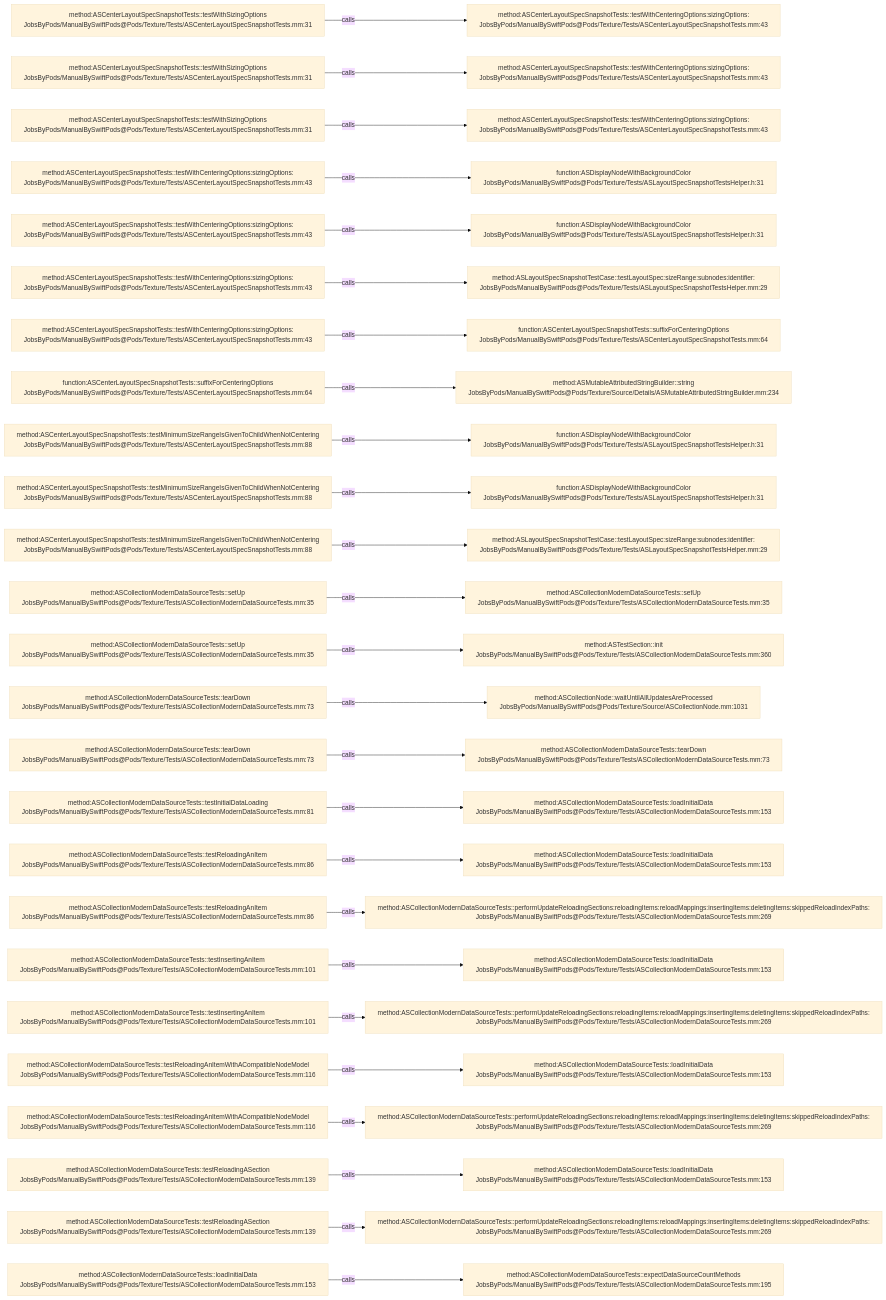
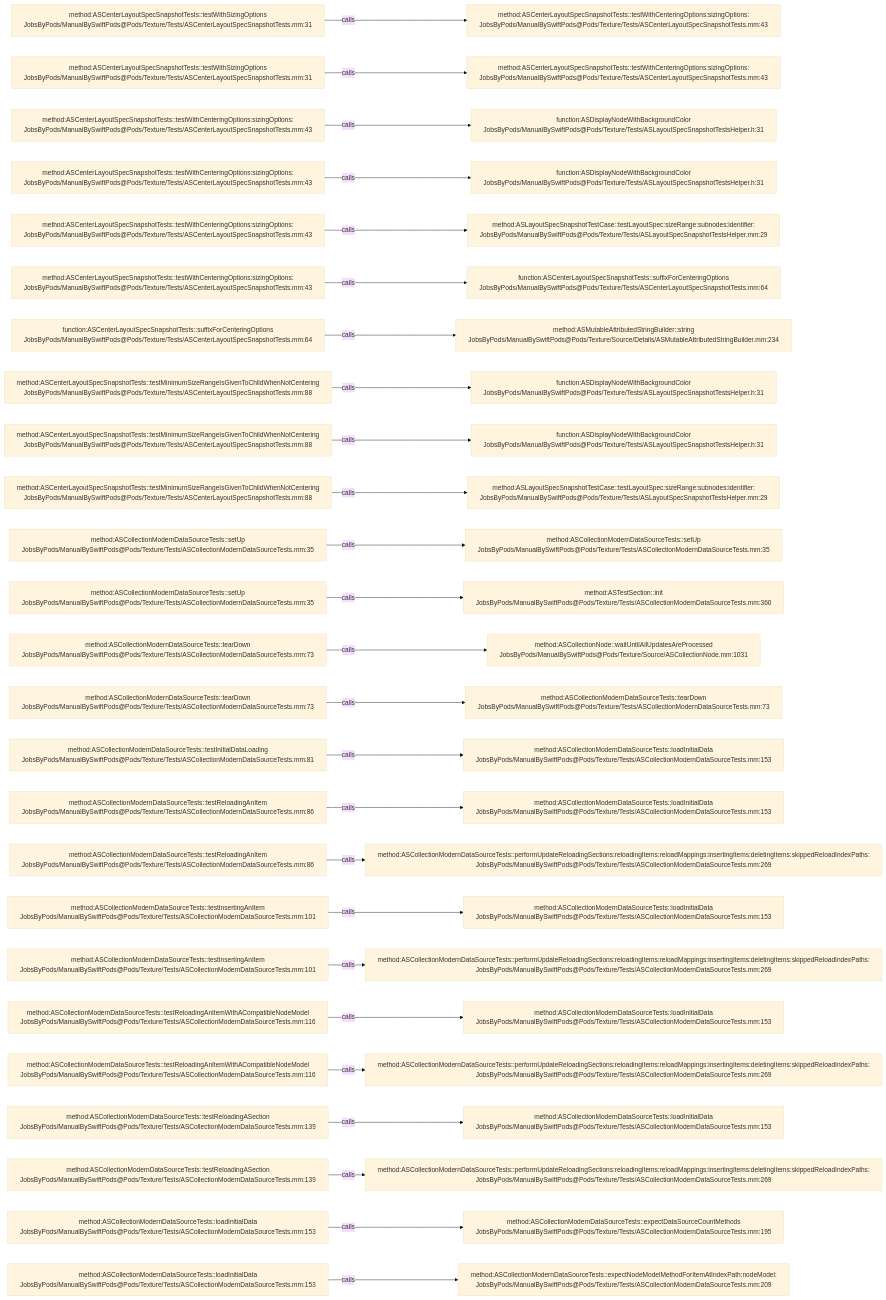
The diagram in .codegraph/codegraph.md/graphs/calls-167.md (JobsKits/JobsSwiftBaseConfigDemo), drawn with Mermaid (base theme) before and after one commit. The commit also changed 747 other files, not shown here.

````diff
--- a/.codegraph/codegraph.md/graphs/calls-167.md
+++ b/.codegraph/codegraph.md/graphs/calls-167.md
@@ -13,78 +13,78 @@
 ```mermaid
 flowchart LR
   S1["method:ASCenterLayoutSpecSnapshotTests::testWithSizingOptions<br/>JobsByPods/ManualBySwiftPods@Pods/Texture/Tests/ASCenterLayoutSpecSnapshotTests.mm:31"]
   T1["method:ASCenterLayoutSpecSnapshotTests::testWithCenteringOptions:sizingOptions:<br/>JobsByPods/ManualBySwiftPods@Pods/Texture/Tests/ASCenterLayoutSpecSnapshotTests.mm:43"]
   S1 -->|calls| T1
   S2["method:ASCenterLayoutSpecSnapshotTests::testWithSizingOptions<br/>JobsByPods/ManualBySwiftPods@Pods/Texture/Tests/ASCenterLayoutSpecSnapshotTests.mm:31"]
   T2["method:ASCenterLayoutSpecSnapshotTests::testWithCenteringOptions:sizingOptions:<br/>JobsByPods/ManualBySwiftPods@Pods/Texture/Tests/ASCenterLayoutSpecSnapshotTests.mm:43"]
   S2 -->|calls| T2
-  S3["method:ASCenterLayoutSpecSnapshotTests::testWithSizingOptions<br/>JobsByPods/ManualBySwiftPods@Pods/Texture/Tests/ASCenterLayoutSpecSnapshotTests.mm:31"]
-  T3["method:ASCenterLayoutSpecSnapshotTests::testWithCenteringOptions:sizingOptions:<br/>JobsByPods/ManualBySwiftPods@Pods/Texture/Tests/ASCenterLayoutSpecSnapshotTests.mm:43"]
+  S3["method:ASCenterLayoutSpecSnapshotTests::testWithCenteringOptions:sizingOptions:<br/>JobsByPods/ManualBySwiftPods@Pods/Texture/Tests/ASCenterLayoutSpecSnapshotTests.mm:43"]
+  T3["function:ASDisplayNodeWithBackgroundColor<br/>JobsByPods/ManualBySwiftPods@Pods/Texture/Tests/ASLayoutSpecSnapshotTestsHelper.h:31"]
   S3 -->|calls| T3
   S4["method:ASCenterLayoutSpecSnapshotTests::testWithCenteringOptions:sizingOptions:<br/>JobsByPods/ManualBySwiftPods@Pods/Texture/Tests/ASCenterLayoutSpecSnapshotTests.mm:43"]
   T4["function:ASDisplayNodeWithBackgroundColor<br/>JobsByPods/ManualBySwiftPods@Pods/Texture/Tests/ASLayoutSpecSnapshotTestsHelper.h:31"]
   S4 -->|calls| T4
   S5["method:ASCenterLayoutSpecSnapshotTests::testWithCenteringOptions:sizingOptions:<br/>JobsByPods/ManualBySwiftPods@Pods/Texture/Tests/ASCenterLayoutSpecSnapshotTests.mm:43"]
-  T5["function:ASDisplayNodeWithBackgroundColor<br/>JobsByPods/ManualBySwiftPods@Pods/Texture/Tests/ASLayoutSpecSnapshotTestsHelper.h:31"]
+  T5["method:ASLayoutSpecSnapshotTestCase::testLayoutSpec:sizeRange:subnodes:identifier:<br/>JobsByPods/ManualBySwiftPods@Pods/Texture/Tests/ASLayoutSpecSnapshotTestsHelper.mm:29"]
   S5 -->|calls| T5
   S6["method:ASCenterLayoutSpecSnapshotTests::testWithCenteringOptions:sizingOptions:<br/>JobsByPods/ManualBySwiftPods@Pods/Texture/Tests/ASCenterLayoutSpecSnapshotTests.mm:43"]
-  T6["method:ASLayoutSpecSnapshotTestCase::testLayoutSpec:sizeRange:subnodes:identifier:<br/>JobsByPods/ManualBySwiftPods@Pods/Texture/Tests/ASLayoutSpecSnapshotTestsHelper.mm:29"]
+  T6["function:ASCenterLayoutSpecSnapshotTests::suffixForCenteringOptions<br/>JobsByPods/ManualBySwiftPods@Pods/Texture/Tests/ASCenterLayoutSpecSnapshotTests.mm:64"]
   S6 -->|calls| T6
-  S7["method:ASCenterLayoutSpecSnapshotTests::testWithCenteringOptions:sizingOptions:<br/>JobsByPods/ManualBySwiftPods@Pods/Texture/Tests/ASCenterLayoutSpecSnapshotTests.mm:43"]
-  T7["function:ASCenterLayoutSpecSnapshotTests::suffixForCenteringOptions<br/>JobsByPods/ManualBySwiftPods@Pods/Texture/Tests/ASCenterLayoutSpecSnapshotTests.mm:64"]
+  S7["function:ASCenterLayoutSpecSnapshotTests::suffixForCenteringOptions<br/>JobsByPods/ManualBySwiftPods@Pods/Texture/Tests/ASCenterLayoutSpecSnapshotTests.mm:64"]
+  T7["method:ASMutableAttributedStringBuilder::string<br/>JobsByPods/ManualBySwiftPods@Pods/Texture/Source/Details/ASMutableAttributedStringBuilder.mm:234"]
   S7 -->|calls| T7
-  S8["function:ASCenterLayoutSpecSnapshotTests::suffixForCenteringOptions<br/>JobsByPods/ManualBySwiftPods@Pods/Texture/Tests/ASCenterLayoutSpecSnapshotTests.mm:64"]
-  T8["method:ASMutableAttributedStringBuilder::string<br/>JobsByPods/ManualBySwiftPods@Pods/Texture/Source/Details/ASMutableAttributedStringBuilder.mm:234"]
+  S8["method:ASCenterLayoutSpecSnapshotTests::testMinimumSizeRangeIsGivenToChildWhenNotCentering<br/>JobsByPods/ManualBySwiftPods@Pods/Texture/Tests/ASCenterLayoutSpecSnapshotTests.mm:88"]
+  T8["function:ASDisplayNodeWithBackgroundColor<br/>JobsByPods/ManualBySwiftPods@Pods/Texture/Tests/ASLayoutSpecSnapshotTestsHelper.h:31"]
   S8 -->|calls| T8
   S9["method:ASCenterLayoutSpecSnapshotTests::testMinimumSizeRangeIsGivenToChildWhenNotCentering<br/>JobsByPods/ManualBySwiftPods@Pods/Texture/Tests/ASCenterLayoutSpecSnapshotTests.mm:88"]
   T9["function:ASDisplayNodeWithBackgroundColor<br/>JobsByPods/ManualBySwiftPods@Pods/Texture/Tests/ASLayoutSpecSnapshotTestsHelper.h:31"]
   S9 -->|calls| T9
   S10["method:ASCenterLayoutSpecSnapshotTests::testMinimumSizeRangeIsGivenToChildWhenNotCentering<br/>JobsByPods/ManualBySwiftPods@Pods/Texture/Tests/ASCenterLayoutSpecSnapshotTests.mm:88"]
-  T10["function:ASDisplayNodeWithBackgroundColor<br/>JobsByPods/ManualBySwiftPods@Pods/Texture/Tests/ASLayoutSpecSnapshotTestsHelper.h:31"]
+  T10["method:ASLayoutSpecSnapshotTestCase::testLayoutSpec:sizeRange:subnodes:identifier:<br/>JobsByPods/ManualBySwiftPods@Pods/Texture/Tests/ASLayoutSpecSnapshotTestsHelper.mm:29"]
   S10 -->|calls| T10
-  S11["method:ASCenterLayoutSpecSnapshotTests::testMinimumSizeRangeIsGivenToChildWhenNotCentering<br/>JobsByPods/ManualBySwiftPods@Pods/Texture/Tests/ASCenterLayoutSpecSnapshotTests.mm:88"]
-  T11["method:ASLayoutSpecSnapshotTestCase::testLayoutSpec:sizeRange:subnodes:identifier:<br/>JobsByPods/ManualBySwiftPods@Pods/Texture/Tests/ASLayoutSpecSnapshotTestsHelper.mm:29"]
+  S11["method:ASCollectionModernDataSourceTests::setUp<br/>JobsByPods/ManualBySwiftPods@Pods/Texture/Tests/ASCollectionModernDataSourceTests.mm:35"]
+  T11["method:ASCollectionModernDataSourceTests::setUp<br/>JobsByPods/ManualBySwiftPods@Pods/Texture/Tests/ASCollectionModernDataSourceTests.mm:35"]
   S11 -->|calls| T11
   S12["method:ASCollectionModernDataSourceTests::setUp<br/>JobsByPods/ManualBySwiftPods@Pods/Texture/Tests/ASCollectionModernDataSourceTests.mm:35"]
-  T12["method:ASCollectionModernDataSourceTests::setUp<br/>JobsByPods/ManualBySwiftPods@Pods/Texture/Tests/ASCollectionModernDataSourceTests.mm:35"]
+  T12["method:ASTestSection::init<br/>JobsByPods/ManualBySwiftPods@Pods/Texture/Tests/ASCollectionModernDataSourceTests.mm:360"]
   S12 -->|calls| T12
-  S13["method:ASCollectionModernDataSourceTests::setUp<br/>JobsByPods/ManualBySwiftPods@Pods/Texture/Tests/ASCollectionModernDataSourceTests.mm:35"]
-  T13["method:ASTestSection::init<br/>JobsByPods/ManualBySwiftPods@Pods/Texture/Tests/ASCollectionModernDataSourceTests.mm:360"]
+  S13["method:ASCollectionModernDataSourceTests::tearDown<br/>JobsByPods/ManualBySwiftPods@Pods/Texture/Tests/ASCollectionModernDataSourceTests.mm:73"]
+  T13["method:ASCollectionNode::waitUntilAllUpdatesAreProcessed<br/>JobsByPods/ManualBySwiftPods@Pods/Texture/Source/ASCollectionNode.mm:1031"]
   S13 -->|calls| T13
   S14["method:ASCollectionModernDataSourceTests::tearDown<br/>JobsByPods/ManualBySwiftPods@Pods/Texture/Tests/ASCollectionModernDataSourceTests.mm:73"]
-  T14["method:ASCollectionNode::waitUntilAllUpdatesAreProcessed<br/>JobsByPods/ManualBySwiftPods@Pods/Texture/Source/ASCollectionNode.mm:1031"]
+  T14["method:ASCollectionModernDataSourceTests::tearDown<br/>JobsByPods/ManualBySwiftPods@Pods/Texture/Tests/ASCollectionModernDataSourceTests.mm:73"]
   S14 -->|calls| T14
-  S15["method:ASCollectionModernDataSourceTests::tearDown<br/>JobsByPods/ManualBySwiftPods@Pods/Texture/Tests/ASCollectionModernDataSourceTests.mm:73"]
-  T15["method:ASCollectionModernDataSourceTests::tearDown<br/>JobsByPods/ManualBySwiftPods@Pods/Texture/Tests/ASCollectionModernDataSourceTests.mm:73"]
+  S15["method:ASCollectionModernDataSourceTests::testInitialDataLoading<br/>JobsByPods/ManualBySwiftPods@Pods/Texture/Tests/ASCollectionModernDataSourceTests.mm:81"]
+  T15["method:ASCollectionModernDataSourceTests::loadInitialData<br/>JobsByPods/ManualBySwiftPods@Pods/Texture/Tests/ASCollectionModernDataSourceTests.mm:153"]
   S15 -->|calls| T15
-  S16["method:ASCollectionModernDataSourceTests::testInitialDataLoading<br/>JobsByPods/ManualBySwiftPods@Pods/Texture/Tests/ASCollectionModernDataSourceTests.mm:81"]
+  S16["method:ASCollectionModernDataSourceTests::testReloadingAnItem<br/>JobsByPods/ManualBySwiftPods@Pods/Texture/Tests/ASCollectionModernDataSourceTests.mm:86"]
   T16["method:ASCollectionModernDataSourceTests::loadInitialData<br/>JobsByPods/ManualBySwiftPods@Pods/Texture/Tests/ASCollectionModernDataSourceTests.mm:153"]
   S16 -->|calls| T16
   S17["method:ASCollectionModernDataSourceTests::testReloadingAnItem<br/>JobsByPods/ManualBySwiftPods@Pods/Texture/Tests/ASCollectionModernDataSourceTests.mm:86"]
-  T17["method:ASCollectionModernDataSourceTests::loadInitialData<br/>JobsByPods/ManualBySwiftPods@Pods/Texture/Tests/ASCollectionModernDataSourceTests.mm:153"]
+  T17["method:ASCollectionModernDataSourceTests::performUpdateReloadingSections:reloadingItems:reloadMappings:insertingItems:deletingItems:skippedReloadIndexPaths:<br/>JobsByPods/ManualBySwiftPods@Pods/Texture/Tests/ASCollectionModernDataSourceTests.mm:269"]
   S17 -->|calls| T17
-  S18["method:ASCollectionModernDataSourceTests::testReloadingAnItem<br/>JobsByPods/ManualBySwiftPods@Pods/Texture/Tests/ASCollectionModernDataSourceTests.mm:86"]
-  T18["method:ASCollectionModernDataSourceTests::performUpdateReloadingSections:reloadingItems:reloadMappings:insertingItems:deletingItems:skippedReloadIndexPaths:<br/>JobsByPods/ManualBySwiftPods@Pods/Texture/Tests/ASCollectionModernDataSourceTests.mm:269"]
+  S18["method:ASCollectionModernDataSourceTests::testInsertingAnItem<br/>JobsByPods/ManualBySwiftPods@Pods/Texture/Tests/ASCollectionModernDataSourceTests.mm:101"]
+  T18["method:ASCollectionModernDataSourceTests::loadInitialData<br/>JobsByPods/ManualBySwiftPods@Pods/Texture/Tests/ASCollectionModernDataSourceTests.mm:153"]
   S18 -->|calls| T18
   S19["method:ASCollectionModernDataSourceTests::testInsertingAnItem<br/>JobsByPods/ManualBySwiftPods@Pods/Texture/Tests/ASCollectionModernDataSourceTests.mm:101"]
-  T19["method:ASCollectionModernDataSourceTests::loadInitialData<br/>JobsByPods/ManualBySwiftPods@Pods/Texture/Tests/ASCollectionModernDataSourceTests.mm:153"]
+  T19["method:ASCollectionModernDataSourceTests::performUpdateReloadingSections:reloadingItems:reloadMappings:insertingItems:deletingItems:skippedReloadIndexPaths:<br/>JobsByPods/ManualBySwiftPods@Pods/Texture/Tests/ASCollectionModernDataSourceTests.mm:269"]
   S19 -->|calls| T19
-  S20["method:ASCollectionModernDataSourceTests::testInsertingAnItem<br/>JobsByPods/ManualBySwiftPods@Pods/Texture/Tests/ASCollectionModernDataSourceTests.mm:101"]
-  T20["method:ASCollectionModernDataSourceTests::performUpdateReloadingSections:reloadingItems:reloadMappings:insertingItems:deletingItems:skippedReloadIndexPaths:<br/>JobsByPods/ManualBySwiftPods@Pods/Texture/Tests/ASCollectionModernDataSourceTests.mm:269"]
+  S20["method:ASCollectionModernDataSourceTests::testReloadingAnItemWithACompatibleNodeModel<br/>JobsByPods/ManualBySwiftPods@Pods/Texture/Tests/ASCollectionModernDataSourceTests.mm:116"]
+  T20["method:ASCollectionModernDataSourceTests::loadInitialData<br/>JobsByPods/ManualBySwiftPods@Pods/Texture/Tests/ASCollectionModernDataSourceTests.mm:153"]
   S20 -->|calls| T20
   S21["method:ASCollectionModernDataSourceTests::testReloadingAnItemWithACompatibleNodeModel<br/>JobsByPods/ManualBySwiftPods@Pods/Texture/Tests/ASCollectionModernDataSourceTests.mm:116"]
-  T21["method:ASCollectionModernDataSourceTests::loadInitialData<br/>JobsByPods/ManualBySwiftPods@Pods/Texture/Tests/ASCollectionModernDataSourceTests.mm:153"]
+  T21["method:ASCollectionModernDataSourceTests::performUpdateReloadingSections:reloadingItems:reloadMappings:insertingItems:deletingItems:skippedReloadIndexPaths:<br/>JobsByPods/ManualBySwiftPods@Pods/Texture/Tests/ASCollectionModernDataSourceTests.mm:269"]
   S21 -->|calls| T21
-  S22["method:ASCollectionModernDataSourceTests::testReloadingAnItemWithACompatibleNodeModel<br/>JobsByPods/ManualBySwiftPods@Pods/Texture/Tests/ASCollectionModernDataSourceTests.mm:116"]
-  T22["method:ASCollectionModernDataSourceTests::performUpdateReloadingSections:reloadingItems:reloadMappings:insertingItems:deletingItems:skippedReloadIndexPaths:<br/>JobsByPods/ManualBySwiftPods@Pods/Texture/Tests/ASCollectionModernDataSourceTests.mm:269"]
+  S22["method:ASCollectionModernDataSourceTests::testReloadingASection<br/>JobsByPods/ManualBySwiftPods@Pods/Texture/Tests/ASCollectionModernDataSourceTests.mm:139"]
+  T22["method:ASCollectionModernDataSourceTests::loadInitialData<br/>JobsByPods/ManualBySwiftPods@Pods/Texture/Tests/ASCollectionModernDataSourceTests.mm:153"]
   S22 -->|calls| T22
   S23["method:ASCollectionModernDataSourceTests::testReloadingASection<br/>JobsByPods/ManualBySwiftPods@Pods/Texture/Tests/ASCollectionModernDataSourceTests.mm:139"]
-  T23["method:ASCollectionModernDataSourceTests::loadInitialData<br/>JobsByPods/ManualBySwiftPods@Pods/Texture/Tests/ASCollectionModernDataSourceTests.mm:153"]
+  T23["method:ASCollectionModernDataSourceTests::performUpdateReloadingSections:reloadingItems:reloadMappings:insertingItems:deletingItems:skippedReloadIndexPaths:<br/>JobsByPods/ManualBySwiftPods@Pods/Texture/Tests/ASCollectionModernDataSourceTests.mm:269"]
   S23 -->|calls| T23
-  S24["method:ASCollectionModernDataSourceTests::testReloadingASection<br/>JobsByPods/ManualBySwiftPods@Pods/Texture/Tests/ASCollectionModernDataSourceTests.mm:139"]
-  T24["method:ASCollectionModernDataSourceTests::performUpdateReloadingSections:reloadingItems:reloadMappings:insertingItems:deletingItems:skippedReloadIndexPaths:<br/>JobsByPods/ManualBySwiftPods@Pods/Texture/Tests/ASCollectionModernDataSourceTests.mm:269"]
+  S24["method:ASCollectionModernDataSourceTests::loadInitialData<br/>JobsByPods/ManualBySwiftPods@Pods/Texture/Tests/ASCollectionModernDataSourceTests.mm:153"]
+  T24["method:ASCollectionModernDataSourceTests::expectDataSourceCountMethods<br/>JobsByPods/ManualBySwiftPods@Pods/Texture/Tests/ASCollectionModernDataSourceTests.mm:195"]
   S24 -->|calls| T24
   S25["method:ASCollectionModernDataSourceTests::loadInitialData<br/>JobsByPods/ManualBySwiftPods@Pods/Texture/Tests/ASCollectionModernDataSourceTests.mm:153"]
-  T25["method:ASCollectionModernDataSourceTests::expectDataSourceCountMethods<br/>JobsByPods/ManualBySwiftPods@Pods/Texture/Tests/ASCollectionModernDataSourceTests.mm:195"]
+  T25["method:ASCollectionModernDataSourceTests::expectNodeModelMethodForItemAtIndexPath:nodeModel:<br/>JobsByPods/ManualBySwiftPods@Pods/Texture/Tests/ASCollectionModernDataSourceTests.mm:209"]
   S25 -->|calls| T25
 ```
````
